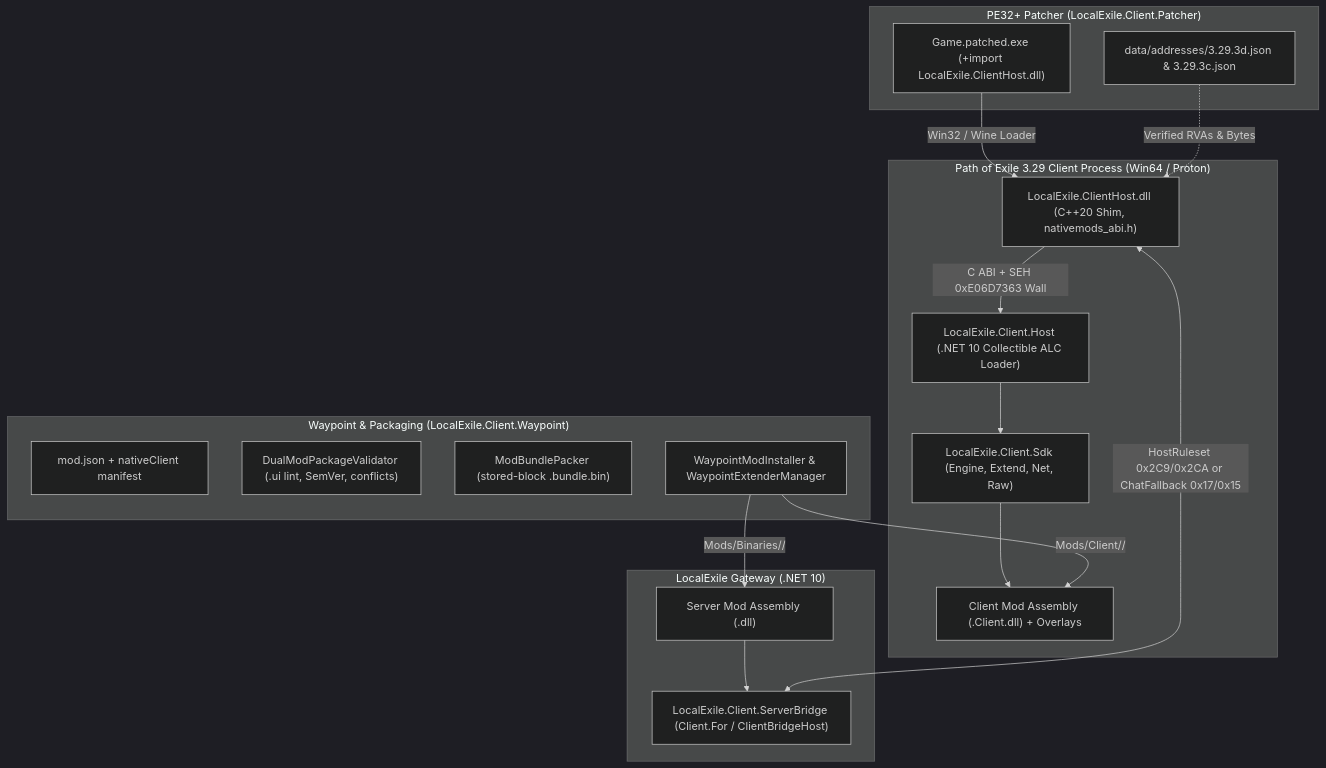
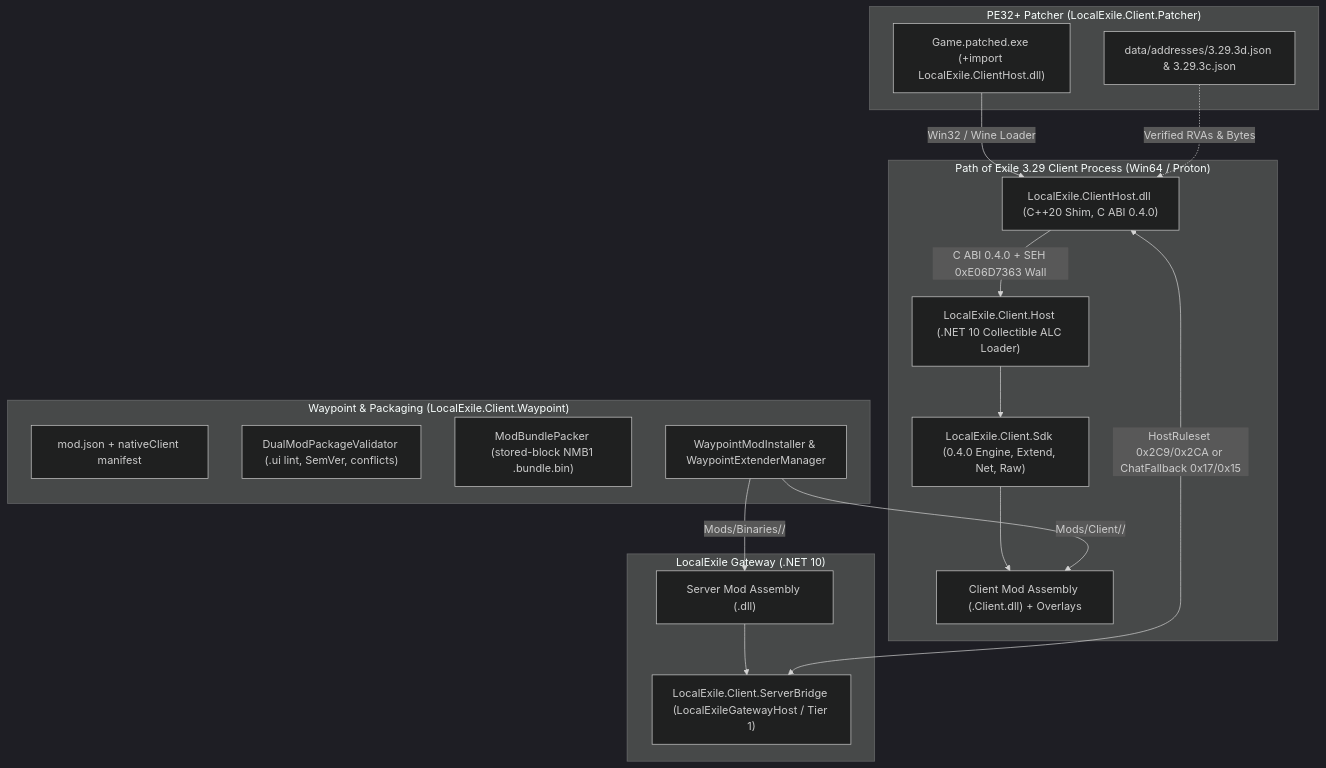
Before and after one commit to mrnamwen/LocalExile-NativeMods: the diagram in docs/README.md, drawn with Mermaid (dark theme). The commit also changed other lines of this file and 56 other files, not shown here.

````diff
--- a/docs/README.md
+++ b/docs/README.md
@@ -22,36 +57,36 @@
 ```mermaid
 flowchart TB
     subgraph Waypoint["Waypoint & Packaging (LocalExile.Client.Waypoint)"]
         Manifest["mod.json + nativeClient manifest"]
         Validator["DualModPackageValidator (.ui lint, SemVer, conflicts)"]
-        Packer["ModBundlePacker (stored-block .bundle.bin)"]
+        Packer["ModBundlePacker (stored-block NMB1 .bundle.bin)"]
         Installer["WaypointModInstaller & WaypointExtenderManager"]
     end
 
     subgraph Patcher["PE32+ Patcher (LocalExile.Client.Patcher)"]
         PE["Game.patched.exe (+import LocalExile.ClientHost.dll)"]
         AddrDB["data/addresses/3.29.3d.json & 3.29.3c.json"]
     end
 
     subgraph Client["Path of Exile 3.29 Client Process (Win64 / Proton)"]
-        Shim["LocalExile.ClientHost.dll (C++20 Shim, nativemods_abi.h)"]
+        Shim["LocalExile.ClientHost.dll (C++20 Shim, C ABI 0.4.0)"]
         Host["LocalExile.Client.Host (.NET 10 Collectible ALC Loader)"]
-        SDK["LocalExile.Client.Sdk (Engine, Extend, Net, Raw)"]
+        SDK["LocalExile.Client.Sdk (0.4.0 Engine, Extend, Net, Raw)"]
         ClientMod["Client Mod Assembly (<id>.Client.dll) + Overlays"]
-        Shim -->|"C ABI + SEH 0xE06D7363 Wall"| Host
+        Shim -->|"C ABI 0.4.0 + SEH 0xE06D7363 Wall"| Host
         Host --> SDK
         SDK --> ClientMod
     end
 
     subgraph Server["LocalExile Gateway (.NET 10)"]
-        Bridge["LocalExile.Client.ServerBridge (Client.For / ClientBridgeHost)"]
+        Bridge["LocalExile.Client.ServerBridge (LocalExileGatewayHost / Tier 1)"]
         ServerMod["Server Mod Assembly (<id>.dll)"]
         ServerMod --> Bridge
     end
 
     Installer -->|"Mods/Client/<id>/"| ClientMod
     Installer -->|"Mods/Binaries/<id>/"| ServerMod
     PE -->|"Win32 / Wine Loader"| Shim
     AddrDB -.->|"Verified RVAs & Bytes"| Shim
     Shim <-->|"HostRuleset 0x2C9/0x2CA or ChatFallback 0x17/0x15"| Bridge
 ```
````
